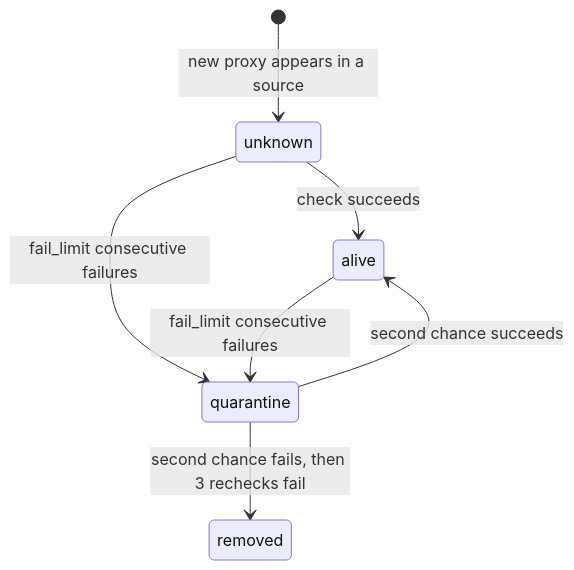
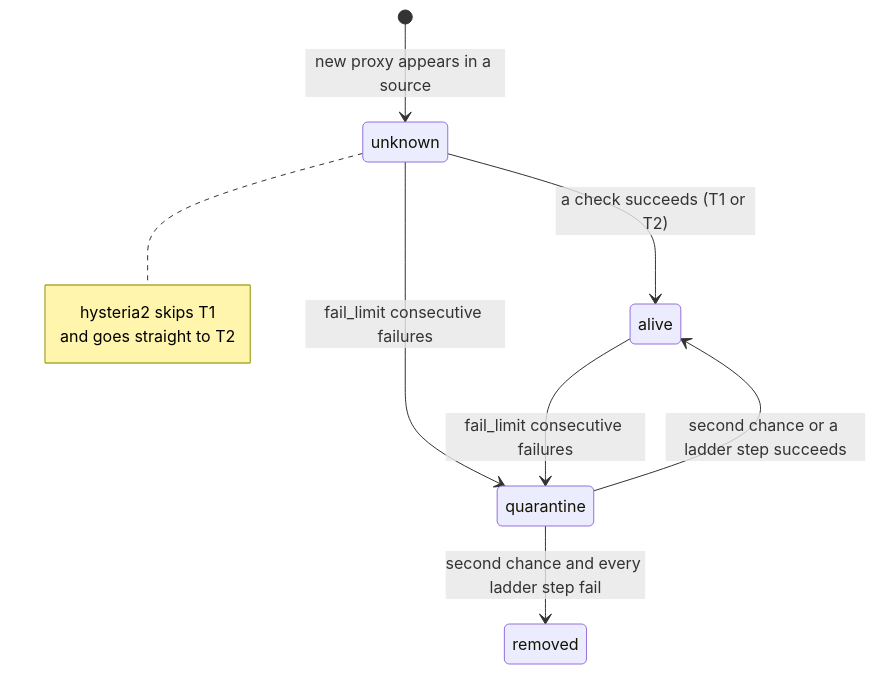
The second of 2 diagrams in USERGUIDE.md (Viktor45/fumox), drawn with Mermaid before and after one commit. The commit also changed other lines of this file and 28 other files, not shown here.

````diff
--- a/USERGUIDE.md
+++ b/USERGUIDE.md
@@ -755,9 +762,13 @@
 ```mermaid
 stateDiagram-v2
     [*] --> unknown : new proxy appears in a source
-    unknown --> alive : check succeeds
+    unknown --> alive : a check succeeds (T1 or T2)
     unknown --> quarantine : fail_limit consecutive failures
     alive --> quarantine : fail_limit consecutive failures
-    quarantine --> alive : second chance succeeds
-    quarantine --> removed : second chance fails, then 3 rechecks fail
+    quarantine --> alive : second chance or a ladder step succeeds
+    quarantine --> removed : second chance and every ladder step fail
+    note right of unknown
+        hysteria2 skips T1
+        and goes straight to T2
+    end note
 ```
````
